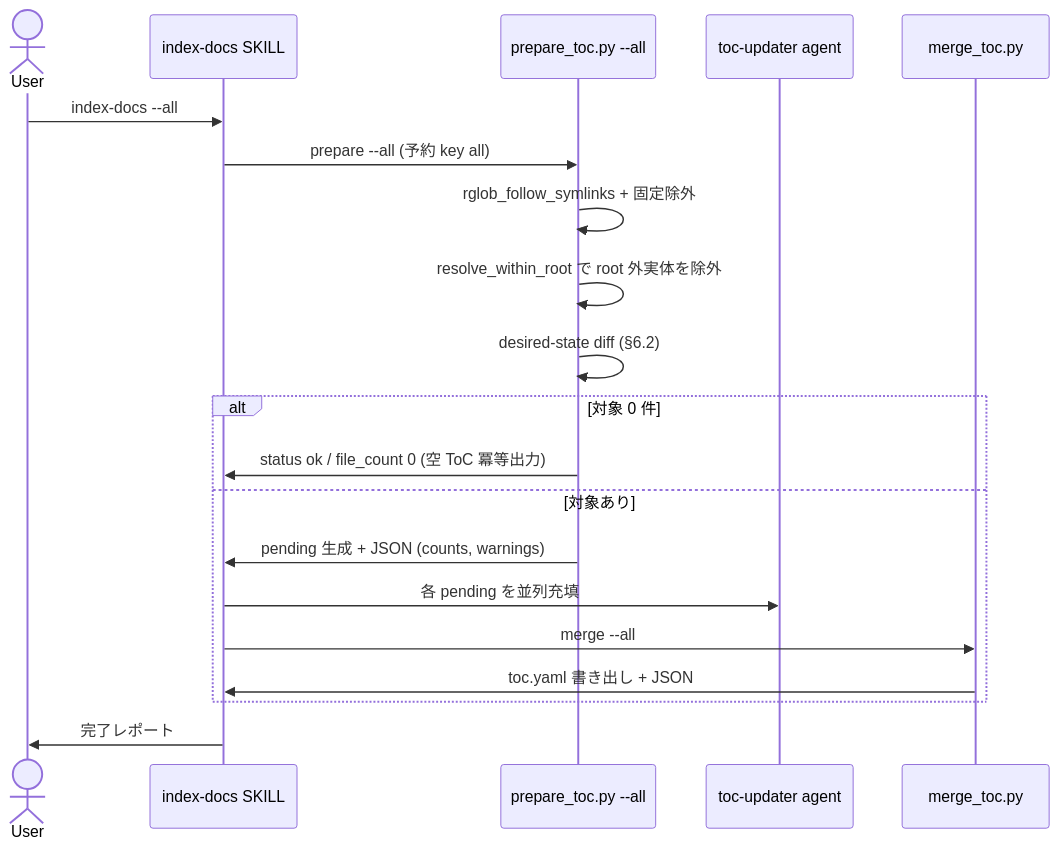
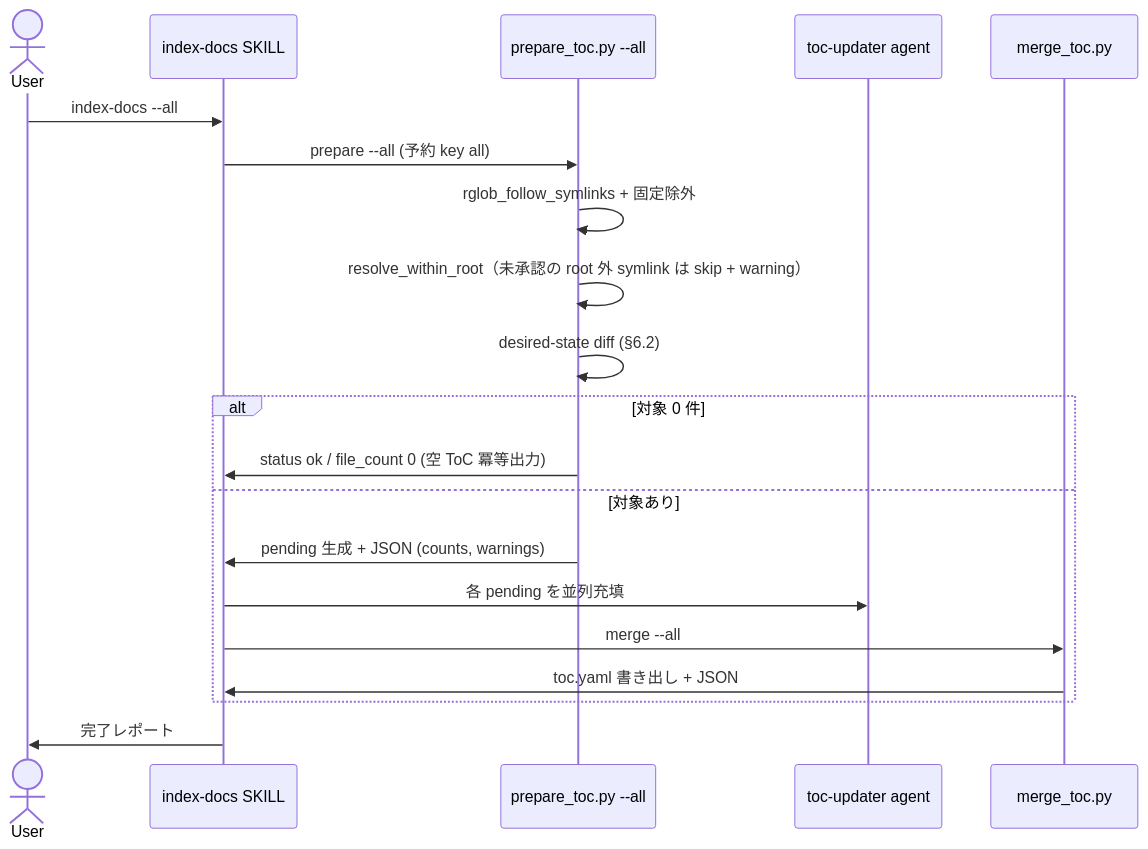
Before and after one commit to BlueEventHorizon/DocAdvisor-CC: the sixth of 7 diagrams in docs/specs/base/design/DES-005_toc_generation_flow.md, drawn with Mermaid. The commit also changed other lines of this file and 14 other files, not shown here.

````diff
--- a/docs/specs/base/design/DES-005_toc_generation_flow.md
+++ b/docs/specs/base/design/DES-005_toc_generation_flow.md
@@ -371,23 +385,23 @@
 ```mermaid
 sequenceDiagram
     actor User
     participant I as index-docs SKILL
     participant P as prepare_toc.py --all
     participant Agent as toc-updater agent
     participant M as merge_toc.py
 
     User->>I: index-docs --all
     I->>P: prepare --all (予約 key all)
     P->>P: rglob_follow_symlinks + 固定除外
-    P->>P: resolve_within_root で root 外実体を除外
+    P->>P: resolve_within_root（未承認の root 外 symlink は skip + warning）
     P->>P: desired-state diff (§6.2)
     alt 対象 0 件
         P->>I: status ok / file_count 0 (空 ToC 冪等出力)
     else 対象あり
         P->>I: pending 生成 + JSON (counts, warnings)
         I->>Agent: 各 pending を並列充填
         I->>M: merge --all
         M->>I: toc.yaml 書き出し + JSON
     end
     I->>User: 完了レポート
 ```
````
